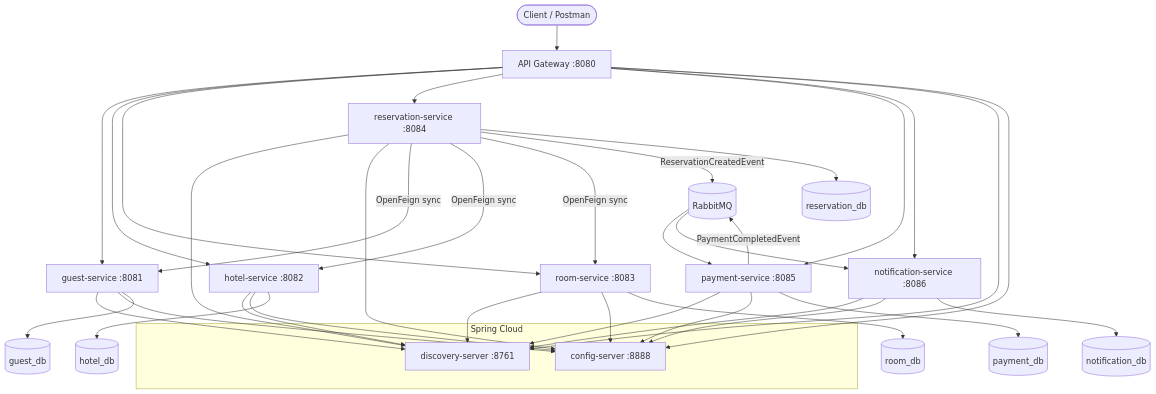
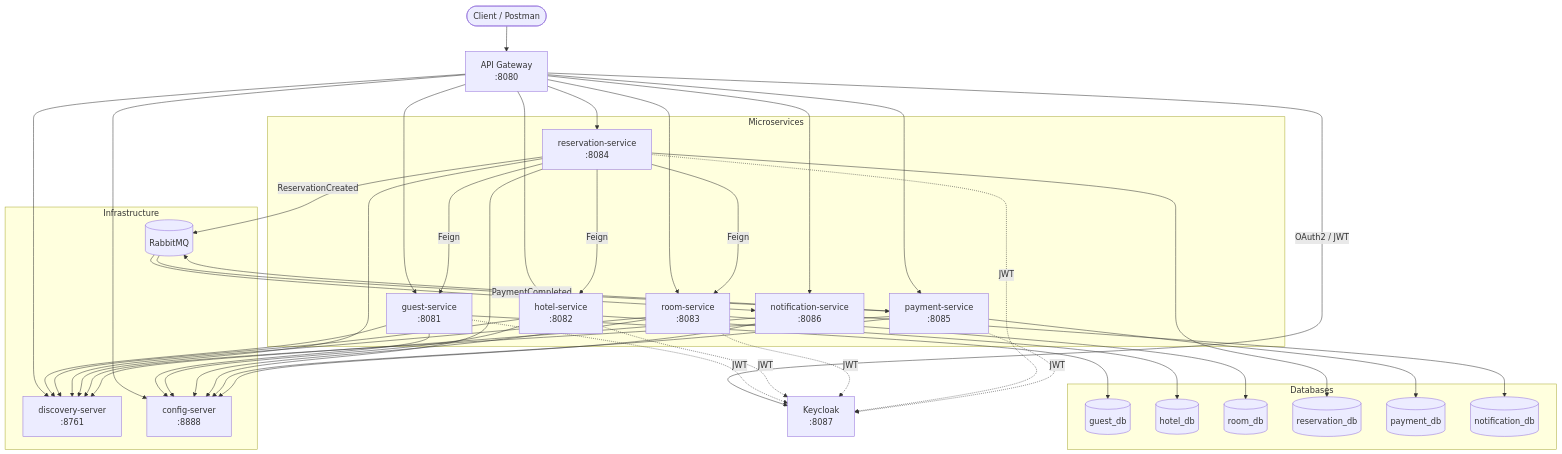
The diagram in README.md (NadjaKljestanovic/hotel-app-microservices), drawn with Mermaid before and after one commit.

````diff
--- a/README.md
+++ b/README.md
@@ -38,48 +38,93 @@
 ```mermaid
 flowchart TB
-    Client([Client / Postman]) --> GW[API Gateway :8080]
 
-    GW --> GS[guest-service :8081]
-    GW --> HS[hotel-service :8082]
-    GW --> RS[room-service :8083]
-    GW --> RES[reservation-service :8084]
-    GW --> PS[payment-service :8085]
-    GW --> NS[notification-service :8086]
+    %% CLIENT
+    Client([Client / Postman])
 
-    subgraph Spring Cloud
-        Eureka[discovery-server :8761]
-        Config[config-server :8888]
+    %% SECURITY
+    KC[Keycloak<br/>:8087]
+
+    %% GATEWAY
+    GW[API Gateway<br/>:8080]
+
+    %% MICROSERVICES
+    subgraph Microservices
+        GS[guest-service<br/>:8081]
+        HS[hotel-service<br/>:8082]
+        RS[room-service<br/>:8083]
+        RES[reservation-service<br/>:8084]
+        PS[payment-service<br/>:8085]
+        NS[notification-service<br/>:8086]
     end
 
+    %% INFRASTRUCTURE
+    subgraph Infrastructure
+        Eureka[discovery-server<br/>:8761]
+        Config[config-server<br/>:8888]
+        RMQ[(RabbitMQ)]
+    end
+
+    %% DATABASES
+    subgraph Databases
+        PG1[(guest_db)]
+        PG2[(hotel_db)]
+        PG3[(room_db)]
+        PG4[(reservation_db)]
+        PG5[(payment_db)]
+        PG6[(notification_db)]
+    end
+
+    %% FLOW
+    Client --> GW
+    GW -->|OAuth2 / JWT| KC
+
+    GW --> GS
+    GW --> HS
+    GW --> RS
+    GW --> RES
+    GW --> PS
+    GW --> NS
+
+    %% FLAT KEYCLOAK LINKS (no crossing)
+    GS -.->|JWT| KC
+    HS -.->|JWT| KC
+    RS -.->|JWT| KC
+    RES -.->|JWT| KC
+    PS -.->|JWT| KC
+
+    %% CONFIG & DISCOVERY
+    GW --> Eureka
     GS --> Eureka
     HS --> Eureka
     RS --> Eureka
     RES --> Eureka
     PS --> Eureka
     NS --> Eureka
-    GW --> Eureka
 
+    GW --> Config
     GS --> Config
     HS --> Config
     RS --> Config
     RES --> Config
     PS --> Config
     NS --> Config
-    GW --> Config
 
-    RES -->|OpenFeign sync| GS
-    RES -->|OpenFeign sync| HS
-    RES -->|OpenFeign sync| RS
+    %% SYNC COMM
+    RES -->|Feign| GS
+    RES -->|Feign| HS
+    RES -->|Feign| RS
 
-    RES -->|ReservationCreatedEvent| RMQ[(RabbitMQ)]
+    %% ASYNC EVENTS
+    RES -->|ReservationCreated| RMQ
     RMQ --> PS
     RMQ --> NS
-    PS -->|PaymentCompletedEvent| RMQ
+    PS -->|PaymentCompleted| RMQ
 
-    GS --> PG1[(guest_db)]
-    HS --> PG2[(hotel_db)]
-    RS --> PG3[(room_db)]
-    RES --> PG4[(reservation_db)]
-    PS --> PG5[(payment_db)]
-    NS --> PG6[(notification_db)]
+    %% DATABASE LINKS
+    GS --> PG1
+    HS --> PG2
+    RS --> PG3
+    RES --> PG4
+    PS --> PG5
+    NS --> PG6
 ```
````
